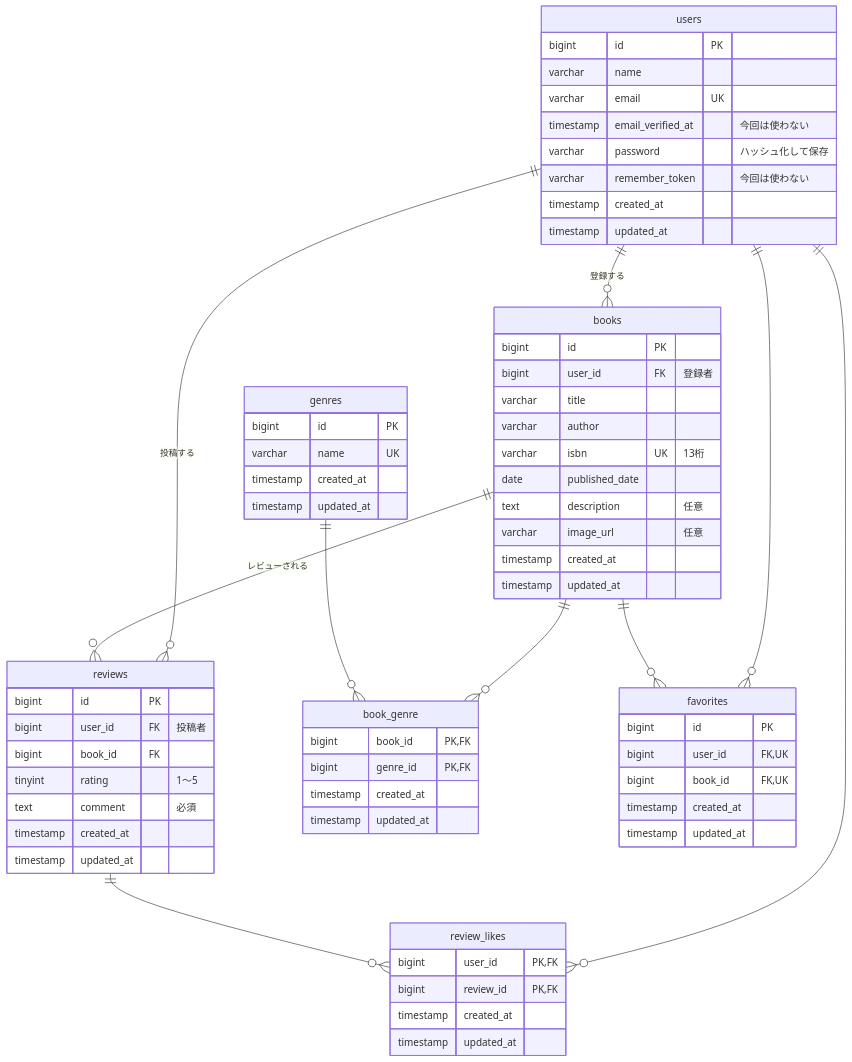
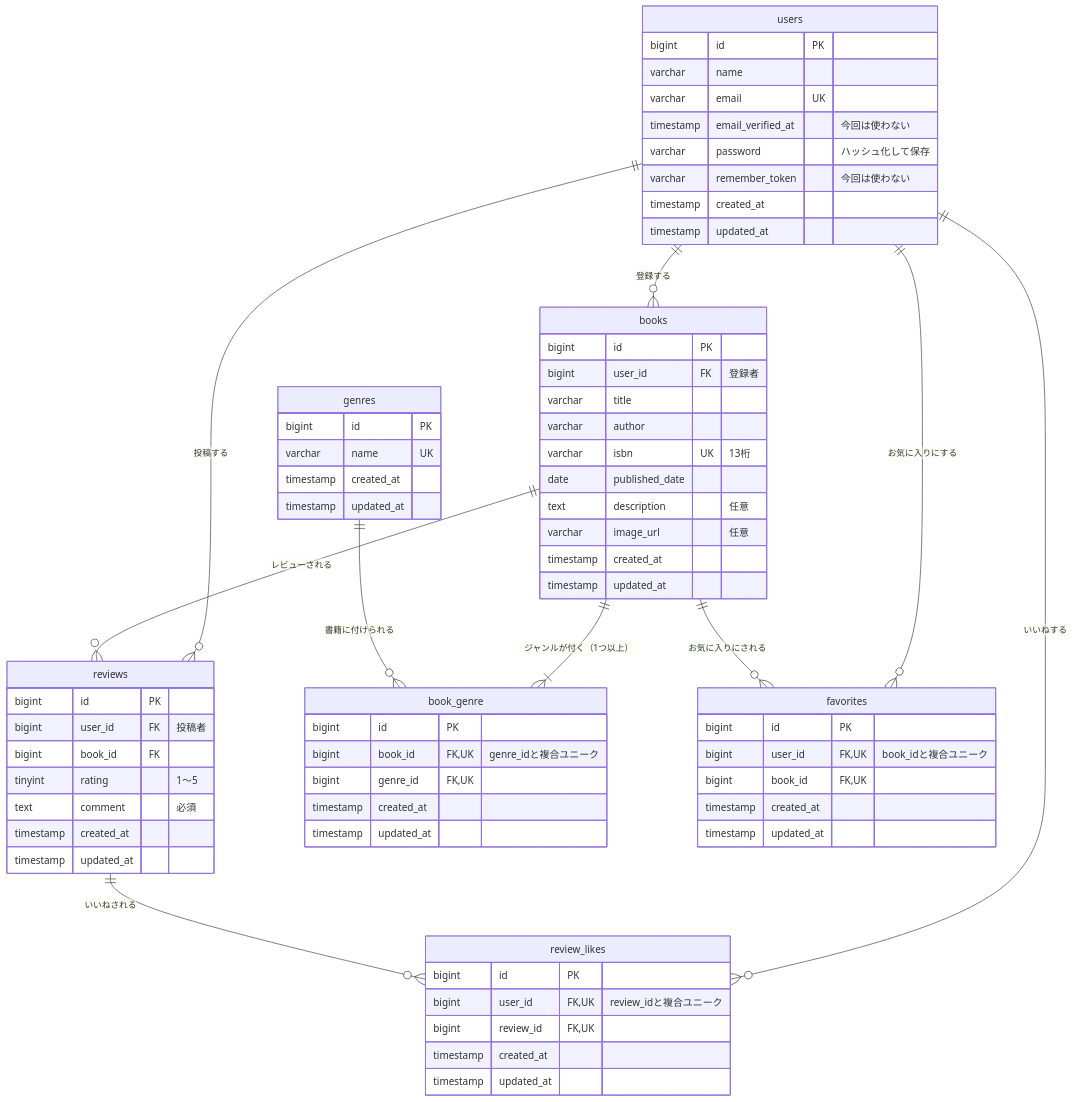
The diagram in README.md (miyori-knzk/bookshelf-app), drawn with Mermaid before and after one commit. The commit also changed other lines of this file and 15 other files, not shown here.

First line of the commit message:
fix: お客さんの指摘を反映（中間テーブルの id・ER図・APIのエラー形式・README）

````diff
--- a/README.md
+++ b/README.md
@@ -13,75 +15,77 @@
 ```mermaid
 erDiagram
     users ||--o{ books : "登録する"
     users ||--o{ reviews : "投稿する"
     books ||--o{ reviews : "レビューされる"
-    books ||--o{ book_genre : ""
-    genres ||--o{ book_genre : ""
-    users ||--o{ favorites : ""
-    books ||--o{ favorites : ""
-    users ||--o{ review_likes : ""
-    reviews ||--o{ review_likes : ""
+    books ||--|{ book_genre : "ジャンルが付く（1つ以上）"
+    genres ||--o{ book_genre : "書籍に付けられる"
+    users ||--o{ favorites : "お気に入りにする"
+    books ||--o{ favorites : "お気に入りにされる"
+    users ||--o{ review_likes : "いいねする"
+    reviews ||--o{ review_likes : "いいねされる"
 
     users {
         bigint id PK
         varchar name
         varchar email UK
         timestamp email_verified_at "今回は使わない"
         varchar password "ハッシュ化して保存"
         varchar remember_token "今回は使わない"
         timestamp created_at
         timestamp updated_at
     }
 
     books {
         bigint id PK
         bigint user_id FK "登録者"
         varchar title
         varchar author
         varchar isbn UK "13桁"
         date published_date
         text description "任意"
         varchar image_url "任意"
         timestamp created_at
         timestamp updated_at
     }
 
     genres {
         bigint id PK
         varchar name UK
         timestamp created_at
         timestamp updated_at
     }
 
     book_genre {
-        bigint book_id PK,FK
-        bigint genre_id PK,FK
+        bigint id PK
+        bigint book_id FK,UK "genre_idと複合ユニーク"
+        bigint genre_id FK,UK
         timestamp created_at
         timestamp updated_at
     }
 
     reviews {
         bigint id PK
         bigint user_id FK "投稿者"
         bigint book_id FK
         tinyint rating "1〜5"
         text comment "必須"
         timestamp created_at
         timestamp updated_at
     }
 
     favorites {
         bigint id PK
-        bigint user_id FK,UK
+        bigint user_id FK,UK "book_idと複合ユニーク"
         bigint book_id FK,UK
         timestamp created_at
         timestamp updated_at
     }
 
     review_likes {
-        bigint user_id PK,FK
-        bigint review_id PK,FK
+        bigint id PK
+        bigint user_id FK,UK "review_idと複合ユニーク"
+        bigint review_id FK,UK
         timestamp created_at
         timestamp updated_at
     }
 ```
````
